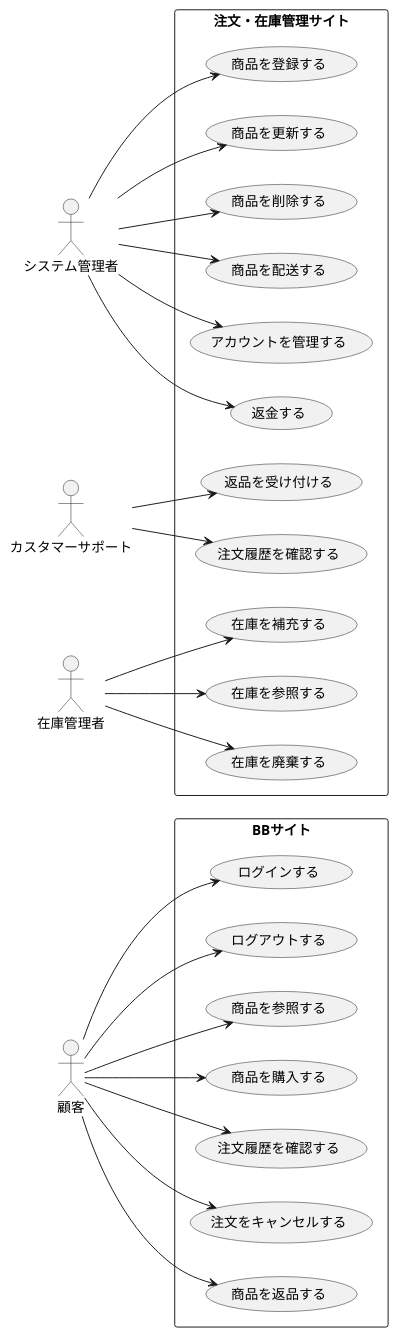
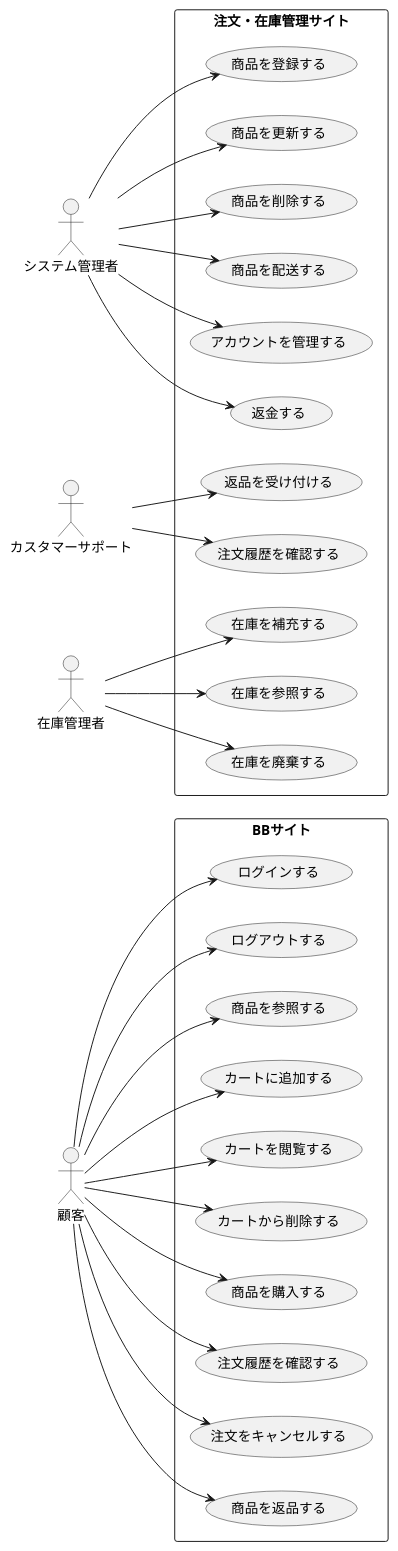
One commit to FujikawaHirono0520/group3_1_dogdog changed the diagram in BB/usecase_admin.pu. Above: the diagram before and after it, drawn with PlantUML.

Commit message:
【追記】カート関連

```diff
--- a/BB/usecase_admin.pu
+++ b/BB/usecase_admin.pu
@@ -1,57 +1,62 @@
 @startuml BB注文管理システムユースケース図
 left to right direction
 actor 顧客 as U
 
 actor システム管理者 as M
 
 actor カスタマーサポート as CS
 
 actor 在庫管理者 as SM
 
-
 rectangle BBサイト {
   usecase "ログインする" as UC1
   usecase "ログアウトする" as UC2
   usecase "商品を参照する" as UC3
-  usecase "商品を購入する" as UC4
-  usecase "注文履歴を確認する" as UC5
-  usecase "注文をキャンセルする" as UC6
-  usecase "商品を返品する" as UC7
+  usecase "カートに追加する" as UC4
+  usecase "カートを閲覧する" as UC5
+  usecase "カートから削除する" as UC6
+  usecase "商品を購入する" as UC7
+  usecase "注文履歴を確認する" as UC8
+  usecase "注文をキャンセルする" as UC9
+  usecase "商品を返品する" as UC10
 }
 
 rectangle 注文・在庫管理サイト {
-  usecase "商品を登録する" as UC8
-  usecase "商品を更新する" as UC9
-  usecase "商品を削除する" as UC10
-  usecase "商品を配送する" as UC11
-  usecase "アカウントを管理する" as UC12
-  usecase "返金する" as UC13
-  usecase "返品を受け付ける" as UC14
-  usecase "注文履歴を確認する" as UC15
-  usecase "在庫を補充する" as UC16
-  usecase "在庫を参照する" as UC17
-  usecase "在庫を廃棄する" as UC18
+  usecase "商品を登録する" as UC11
+  usecase "商品を更新する" as UC12
+  usecase "商品を削除する" as UC13
+  usecase "商品を配送する" as UC14
+  usecase "アカウントを管理する" as UC15
+  usecase "返金する" as UC16
+  usecase "返品を受け付ける" as UC17
+  usecase "注文履歴を確認する" as UC18
+  usecase "在庫を補充する" as UC19
+  usecase "在庫を参照する" as UC20
+  usecase "在庫を廃棄する" as UC21
 }
 
 U --> UC1
 U --> UC2
 U --> UC3
 U --> UC4
 U --> UC5
 U --> UC6
 U --> UC7
+U --> UC8
+U --> UC9
+U --> UC10
 
-M --> UC8
-M --> UC9
-M --> UC10
 M --> UC11
 M --> UC12
 M --> UC13
+M --> UC14
+M --> UC15
+M --> UC16
 
-CS --> UC14
-CS --> UC15
+CS --> UC17
+CS --> UC18
 
-SM --> UC16
-SM --> UC17
-SM --> UC18
+SM --> UC19
+SM --> UC20
+SM --> UC21
 @enduml
```
